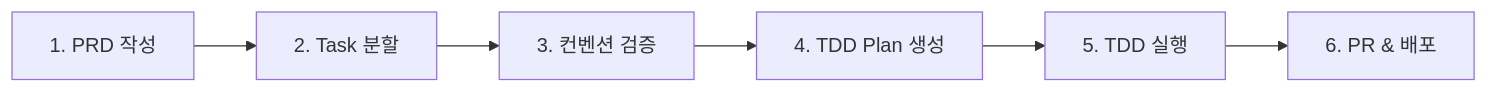
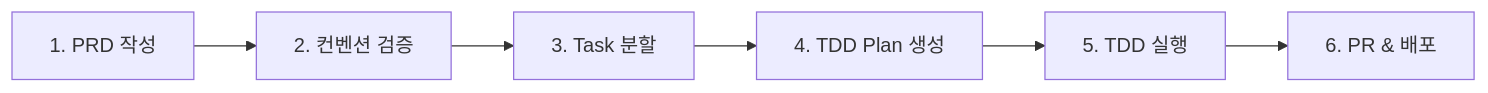
Before and after one commit to ryu-qqq/claude-spring-standards: the diagram in README.md, drawn with Mermaid. The commit also changed other lines of this file, not shown here.

First line of the commit message:
revert: 개발 플로우 순서 원복 (컨벤션 검증 먼저)

````diff
--- a/README.md
+++ b/README.md
@@ -32,8 +32,8 @@
 ```mermaid
 graph LR
-    A[1. PRD 작성] --> B[2. Task 분할]
-    B --> C[3. 컨벤션 검증]
+    A[1. PRD 작성] --> B[2. 컨벤션 검증]
+    B --> C[3. Task 분할]
     C --> D[4. TDD Plan 생성]
     D --> E[5. TDD 실행]
     E --> F[6. PR & 배포]
 ```
````
